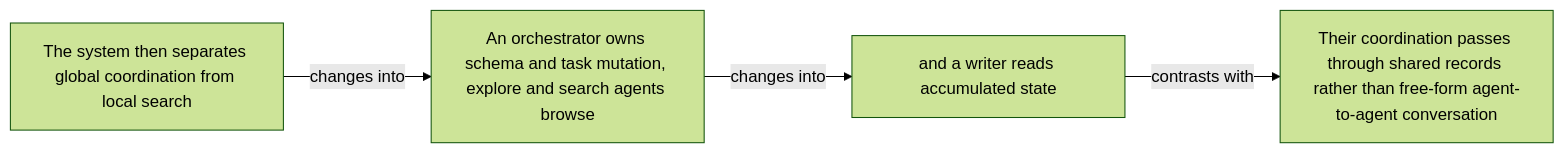
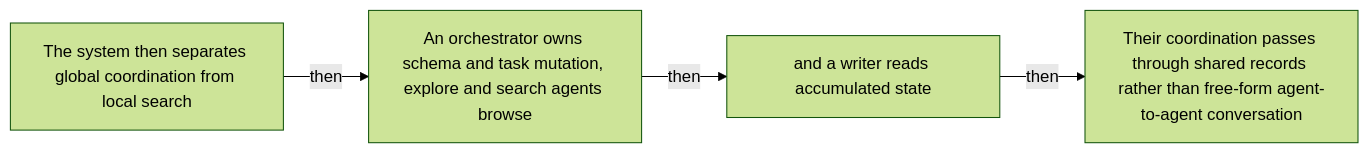
Before and after one commit to Betancourt1/paper_atlas: the tenth of 51 diagrams in docs/visual-manifests/VISUAL_MANIFEST_SEARCHOS_V1.md, drawn with Mermaid (forest theme). The commit also changed other lines of this file and 7 other files, not shown here.

````diff
--- a/docs/visual-manifests/VISUAL_MANIFEST_SEARCHOS_V1.md
+++ b/docs/visual-manifests/VISUAL_MANIFEST_SEARCHOS_V1.md
@@ -766,10 +759,10 @@
 ```mermaid
 flowchart LR
   n1["The system then separates global coordination from local search"]
   n2["An orchestrator owns schema and task mutation, explore and search agents browse"]
   n3["and a writer reads accumulated state"]
   n4["Their coordination passes through shared records rather than free-form agent-to-agent conversation"]
-  n1 -->|"changes into"| n2
-  n2 -->|"changes into"| n3
-  n3 -->|"contrasts with"| n4
+  n1 -->|"then"| n2
+  n2 -->|"then"| n3
+  n3 -->|"then"| n4
 ```
````
